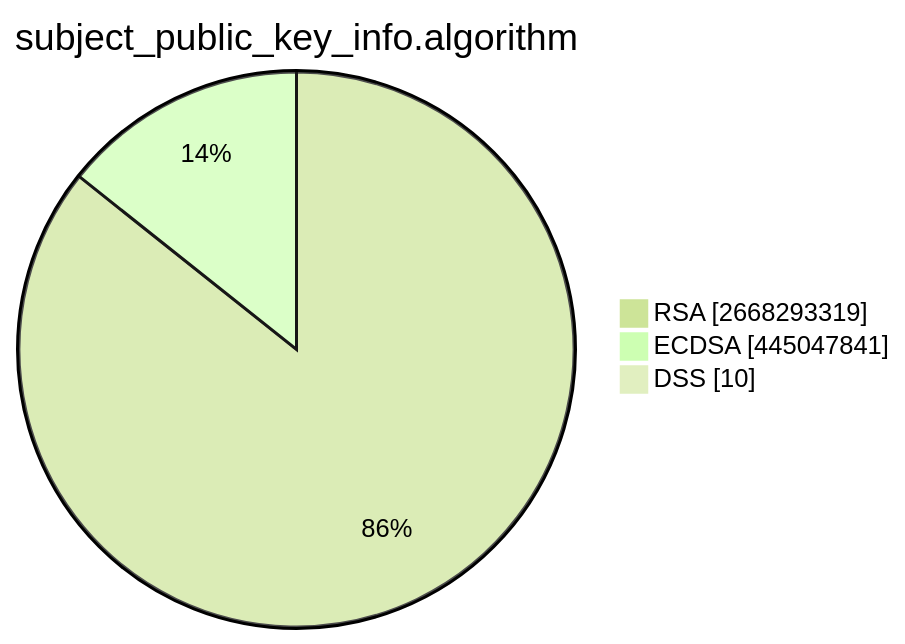
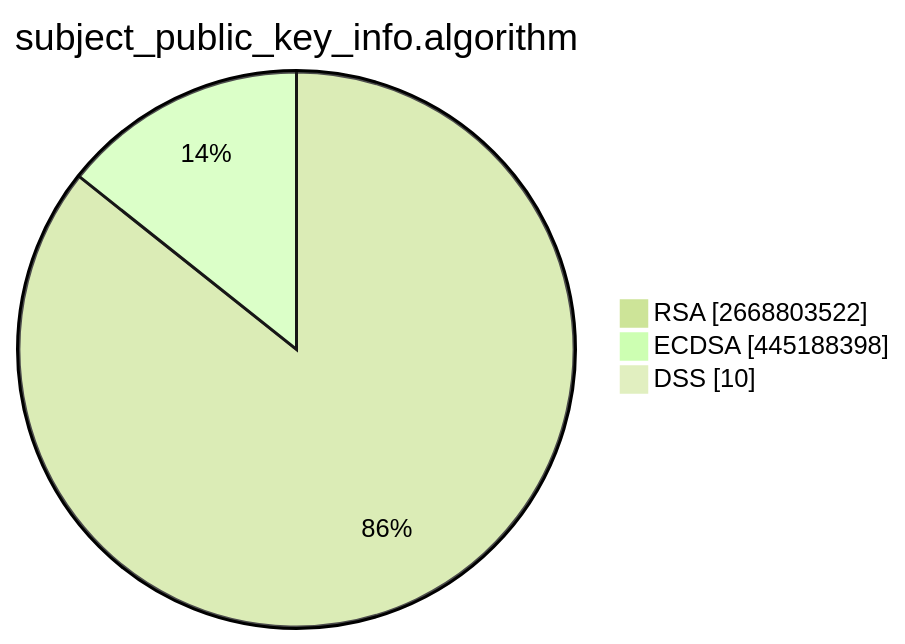
Before and after one commit to christiankrug/ctmonitor_visualization: the second of 15 diagrams in TOTAL/README.md, drawn with Mermaid (forest theme). The commit also changed other lines of this file, not shown here.

````diff
--- a/TOTAL/README.md
+++ b/TOTAL/README.md
@@ -6,7 +6,7 @@
 ```mermaid
 pie showData
 title subject_public_key_info.algorithm
-"RSA" :2668293319
-"ECDSA" :445047841
+"RSA" :2668803522
+"ECDSA" :445188398
 "DSS" :10
 ```
````
